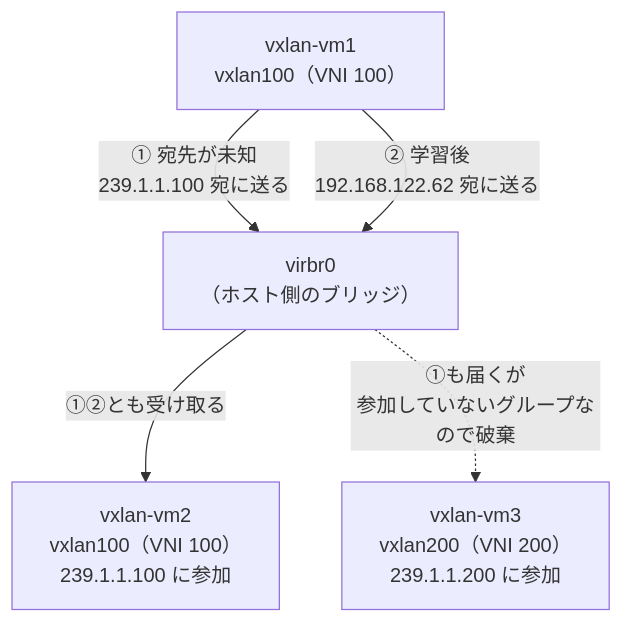
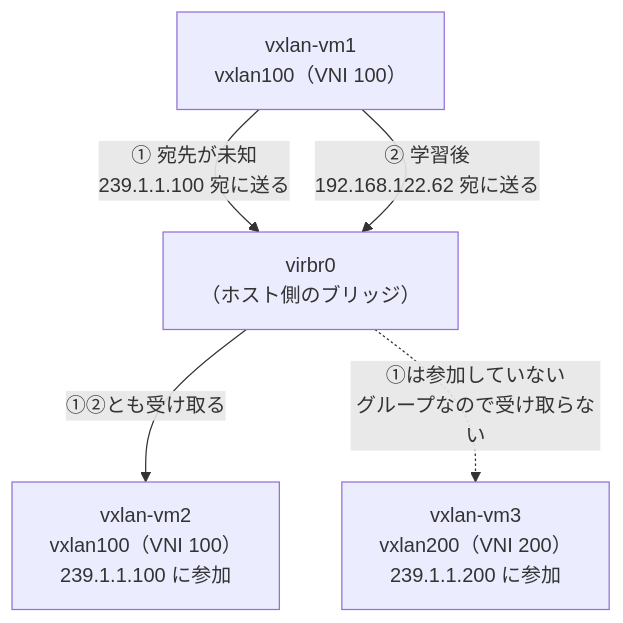
One commit to 0x69d/0x69d changed the fourth of 5 diagrams in articles/20260806-vxlan-overlay-network.md. Above: the diagram before and after it, drawn with Mermaid. The commit also changed other lines of this file, not shown here.

First line of the commit message:
docs: VXLAN記事の説明と図を整理する

````diff
--- a/articles/20260806-vxlan-overlay-network.md
+++ b/articles/20260806-vxlan-overlay-network.md
@@ -159,11 +174,11 @@
 ```mermaid
 graph TD
     VM1["vxlan-vm1<br/>vxlan100（VNI 100）"]
     HOST["virbr0<br/>（ホスト側のブリッジ）"]
     VM2["vxlan-vm2<br/>vxlan100（VNI 100）<br/>239.1.1.100 に参加"]
     VM3["vxlan-vm3<br/>vxlan200（VNI 200）<br/>239.1.1.200 に参加"]
     VM1 -->|"① 宛先が未知<br/>239.1.1.100 宛に送る"| HOST
     VM1 -->|"② 学習後<br/>192.168.122.62 宛に送る"| HOST
     HOST -->|"①②とも受け取る"| VM2
-    HOST -.->|"①も届くが<br/>参加していないグループなので破棄"| VM3
+    HOST -.->|"①は参加していない<br/>グループなので受け取らない"| VM3
 ```
````
